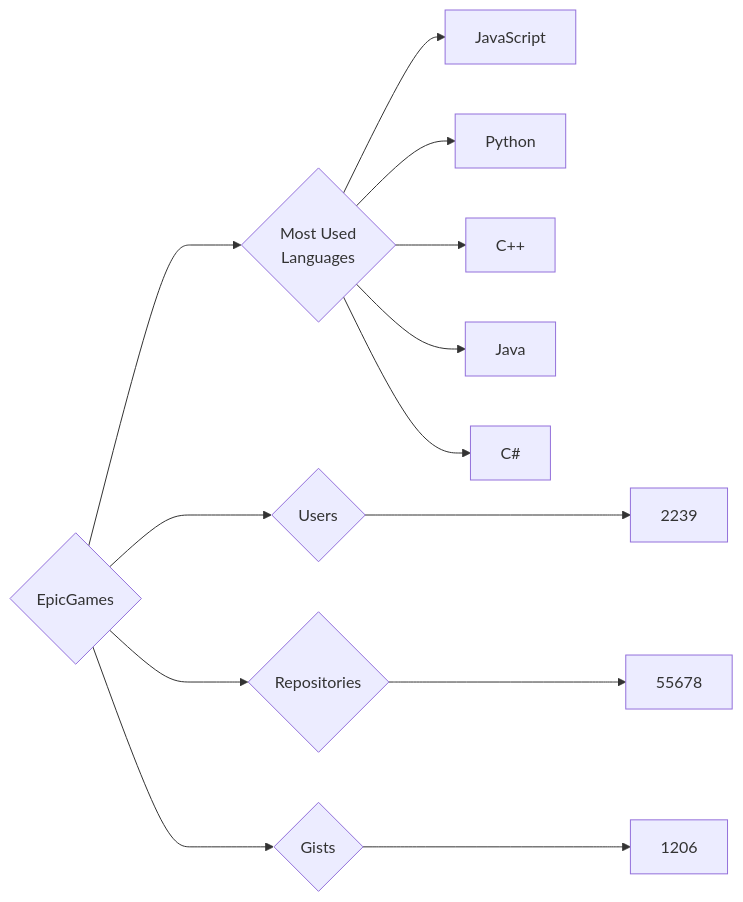
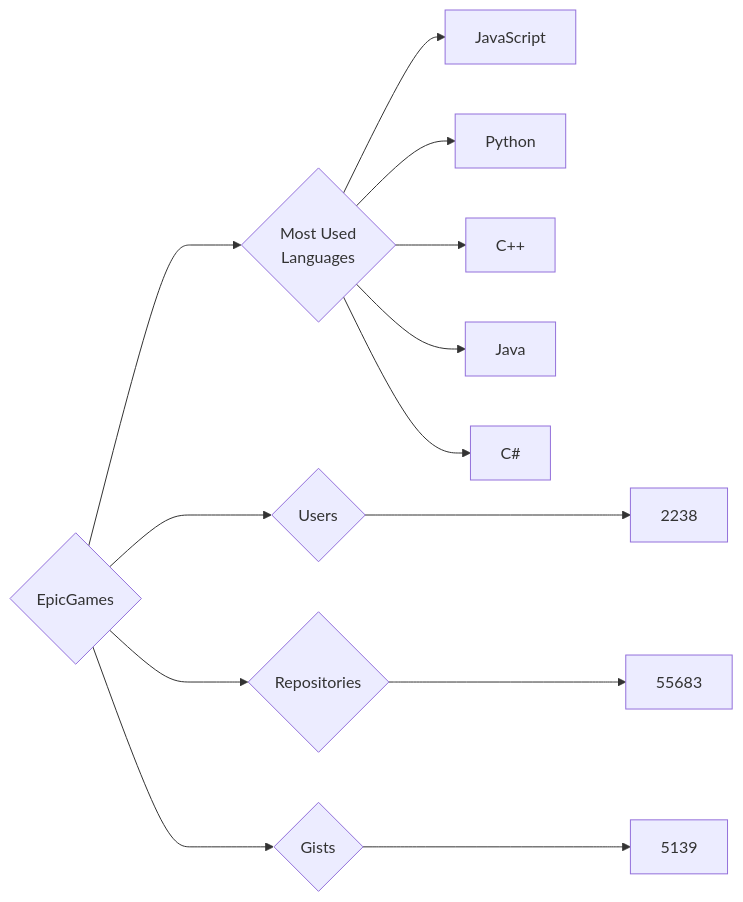
The diagram in targets/EpicGames/README.md (trickest/insiders), drawn with Mermaid before and after one commit. The commit also changed 939 other files, not shown here.

````diff
--- a/targets/EpicGames/README.md
+++ b/targets/EpicGames/README.md
@@ -3,13 +3,13 @@
 ```mermaid
 graph LR
 COMPANY_NAME{EpicGames}
-COMPANY_NAME ---> U{Users} ---> UN[2239]
-COMPANY_NAME ---> R{Repositories} ---> RN[55678]
-COMPANY_NAME ---> G{Gists} ---> GN[1206]
+COMPANY_NAME ---> U{Users} ---> UN[2238]
+COMPANY_NAME ---> R{Repositories} ---> RN[55683]
+COMPANY_NAME ---> G{Gists} ---> GN[5139]
 COMPANY_NAME ---> ML{Most Used<br>Languages}
 ML --> JavaScript[JavaScript]
 ML --> Python[Python]
 ML --> C++[C++]
 ML --> Java[Java]
 ML --> C#[C#]
 ```
````
